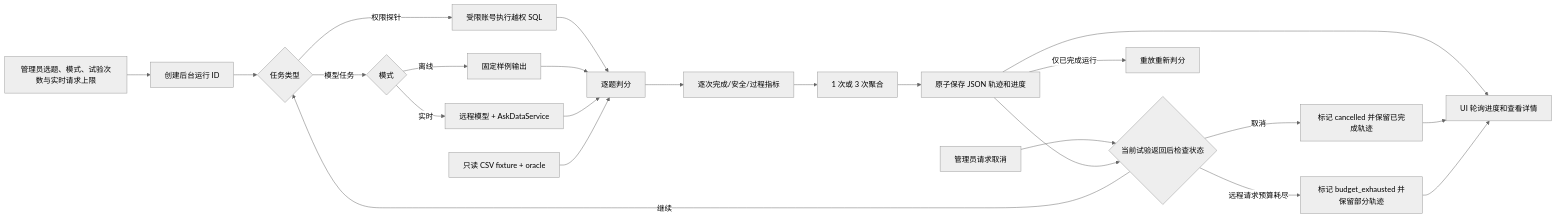
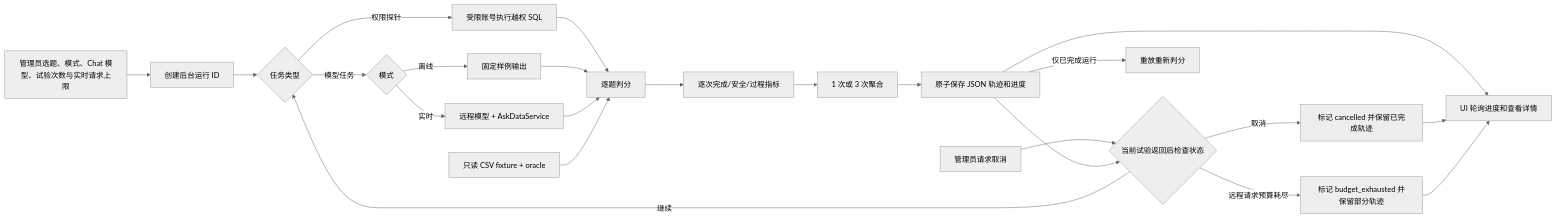
The second of 4 diagrams in docs/evaluation-architecture.md (judai777/askdata_studio), drawn with Mermaid (neutral theme) before and after one commit. The commit also changed other lines of this file and 10 other files, not shown here.

````diff
--- a/docs/evaluation-architecture.md
+++ b/docs/evaluation-architecture.md
@@ -89,25 +92,25 @@
 ```mermaid
 flowchart LR
-    A[管理员选题、模式、试验次数与实时请求上限] --> Q[创建后台运行 ID]
+    A[管理员选题、模式、Chat 模型、试验次数与实时请求上限] --> Q[创建后台运行 ID]
     Q --> B{任务类型}
     B -->|权限探针| P[受限账号执行越权 SQL]
     B -->|模型任务| M{模式}
     M -->|离线| C[固定样例输出]
     M -->|实时| D[远程模型 + AskDataService]
     P --> E
     C --> E[逐题判分]
     D --> E
     F[只读 CSV fixture + oracle] --> E
     E --> G[逐次完成/安全/过程指标]
     G --> S[1 次或 3 次聚合]
     S --> H[原子保存 JSON 轨迹和进度]
     H --> I[UI 轮询进度和查看详情]
     X[管理员请求取消] --> K{当前试验返回后检查状态}
     H --> K
     K -->|继续| B
     K -->|取消| Y[标记 cancelled 并保留已完成轨迹]
     K -->|远程请求预算耗尽| Z[标记 budget_exhausted 并保留部分轨迹]
     Y --> I
     Z --> I
     H -->|仅已完成运行| J[重放重新判分]
 ```
````
